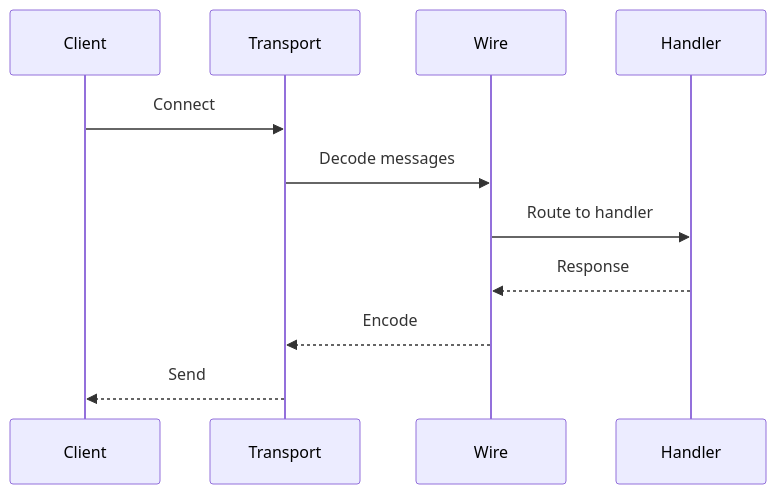
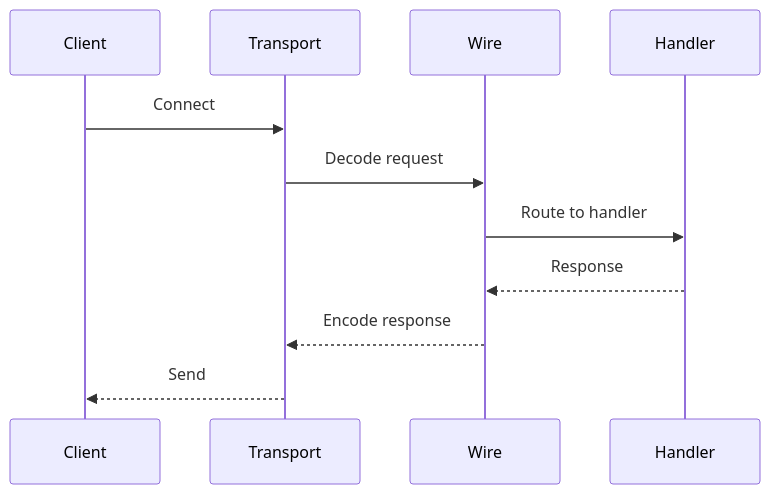
Before and after one commit to jonwraymond/ai-tools-stack: the diagram in docs/components/toolprotocol.md, drawn with Mermaid. The commit also changed other lines of this file and 30 other files, not shown here.

````diff
--- a/docs/components/toolprotocol.md
+++ b/docs/components/toolprotocol.md
@@ -146,15 +62,15 @@
 ```mermaid
 sequenceDiagram
     participant Client
     participant Transport
     participant Wire
     participant Handler
 
     Client->>Transport: Connect
-    Transport->>Wire: Decode messages
+    Transport->>Wire: Decode request
     Wire->>Handler: Route to handler
 
     Handler-->>Wire: Response
-    Wire-->>Transport: Encode
+    Wire-->>Transport: Encode response
     Transport-->>Client: Send
 ```
````
